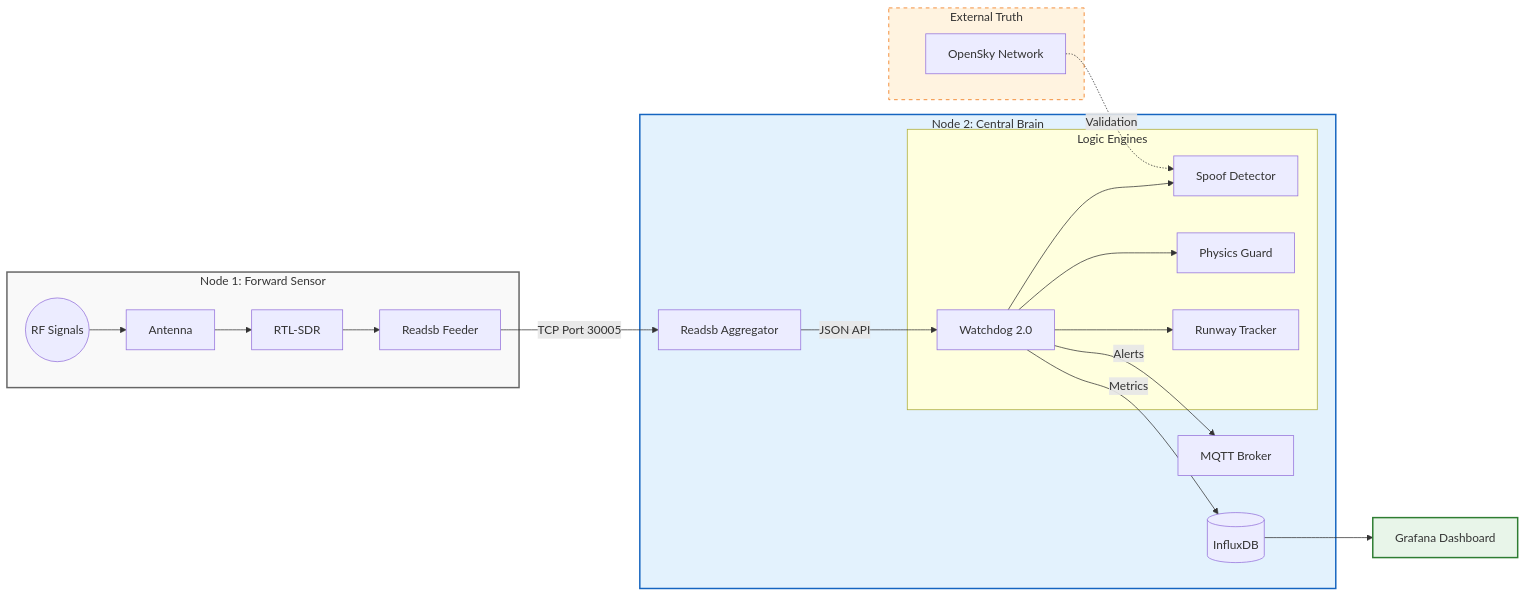
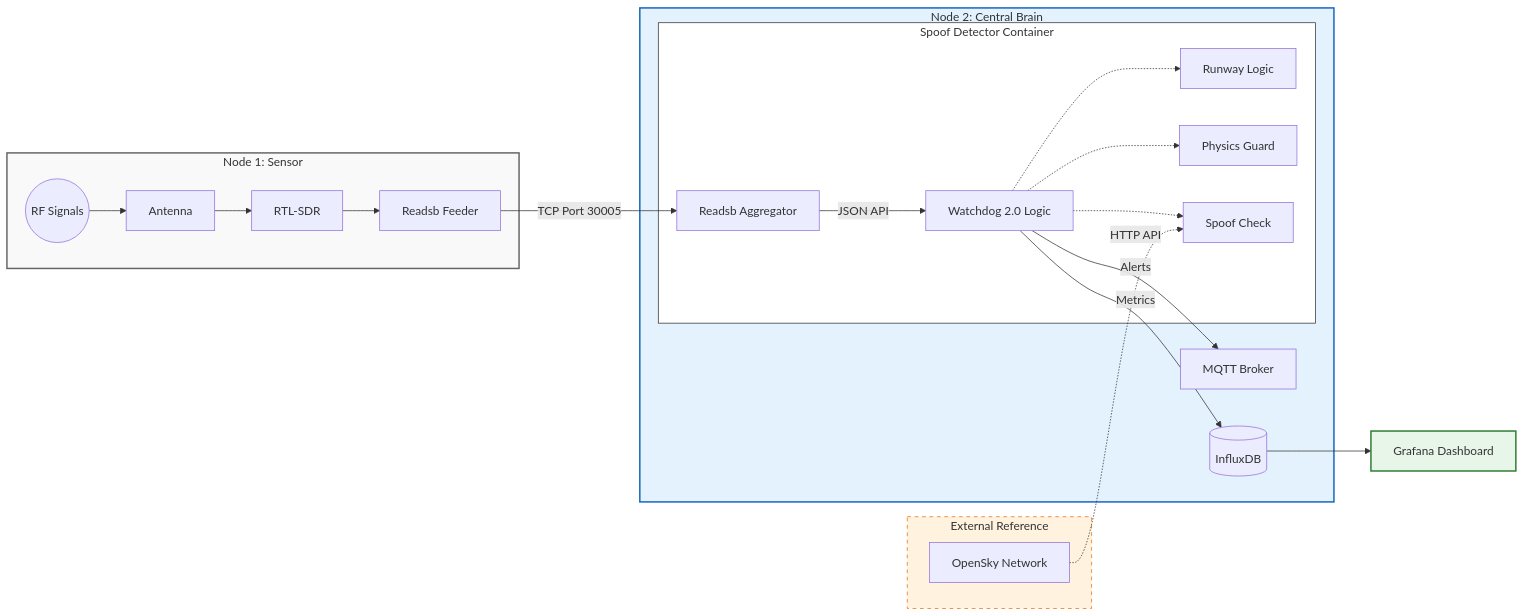
Before and after one commit to rwiren/central-brain: the diagram in README.md, drawn with Mermaid. The commit also changed other lines of this file, not shown here.

Commit message:
Docs: Correct system diagram and terminology

````diff
--- a/README.md
+++ b/README.md
@@ -64,39 +64,44 @@
 ```mermaid
 graph LR
-    %% 1. Sensing Layer (RPi 4)
-    subgraph SENSOR [Node 1: Forward Sensor]
+    %% 1. Sensing Layer
+    subgraph SENSOR [Node 1: Sensor]
         AIR((RF Signals)) --> ANT[Antenna]
         ANT --> SDR[RTL-SDR]
         SDR --> FEEDER[Readsb Feeder]
     end
 
-    %% 2. Intelligence Layer (RPi 5)
+    %% 2. Intelligence Layer
     subgraph BRAIN [Node 2: Central Brain]
         FEEDER -->|TCP Port 30005| AGG[Readsb Aggregator]
-        AGG -->|JSON API| WATCH[Watchdog 2.0]
         
-        WATCH -->|Metrics| DB[(InfluxDB)]
-        WATCH -->|Alerts| MQTT[MQTT Broker]
-        
-        subgraph AI_MODULES [Logic Engines]
-            WATCH --> TRACK[Runway Tracker]
-            WATCH --> GUARD[Physics Guard]
-            WATCH --> SPOOF[Spoof Detector]
+        %% The Watchdog Container
+        subgraph WATCHDOG_CONTAINER [Spoof Detector Container]
+            AGG -->|JSON API| LOGIC[Watchdog 2.0 Logic]
+            
+            %% Internal Logic Threads
+            LOGIC -.-> RUNWAY[Runway Logic]
+            LOGIC -.-> PHYSICS[Physics Guard]
+            LOGIC -.-> SPOOF[Spoof Check]
         end
+
+        %% Outputs
+        LOGIC -->|Metrics| DB[(InfluxDB)]
+        LOGIC -->|Alerts| MQTT[MQTT Broker]
     end
 
-    %% 3. Validation Layer (Cloud)
-    subgraph CLOUD [External Truth]
+    %% 3. Reference Layer
+    subgraph REF [External Reference]
         OPENSKY[OpenSky Network]
     end
 
     %% 4. Viz Layer
-    OPENSKY -.->|Validation| SPOOF
+    OPENSKY -.->|HTTP API| SPOOF
     DB --> DASH[Grafana Dashboard]
 
     %% Styling
     style SENSOR fill:#f9f9f9,stroke:#666,stroke-width:2px
     style BRAIN fill:#e3f2fd,stroke:#1565c0,stroke-width:2px
-    style CLOUD fill:#fff3e0,stroke:#ef6c00,stroke-dasharray: 5 5
+    style REF fill:#fff3e0,stroke:#ef6c00,stroke-dasharray: 5 5
     style DASH fill:#e8f5e9,stroke:#2e7d32,stroke-width:2px
+    style WATCHDOG_CONTAINER fill:#ffffff,stroke:#333,stroke-width:1px
 ```
````
